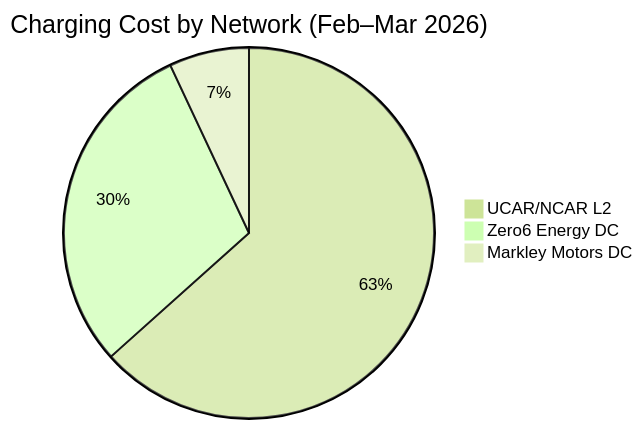
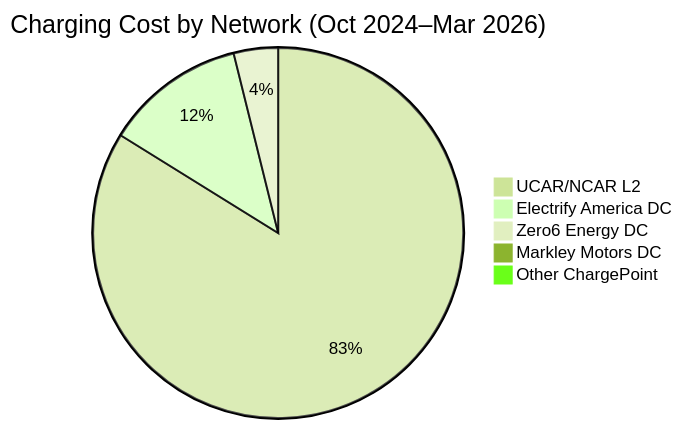
One commit to zavalalabs/zavalalabs.github.io changed the first of 4 diagrams in _posts/2026-04-01-EV-Charging-Optimization-in-Colorado.md. Above: the diagram before and after it, drawn with Mermaid (forest theme). The commit also changed other lines of this file and 1 other file, not shown here.

Commit message:
Update "Why Your Hybrid Work is Failing" and "EV Charging Optimization in Colorado" posts for clarity and accuracy; correct typos, enhance descriptions, and improve data presentation.

````diff
--- a/_posts/2026-04-01-EV-Charging-Optimization-in-Colorado.md
+++ b/_posts/2026-04-01-EV-Charging-Optimization-in-Colorado.md
@@ -36,6 +41,8 @@
 ```mermaid
-pie title Charging Cost by Network (Feb–Mar 2026)
-    "UCAR/NCAR L2" : 156.42
-    "Zero6 Energy DC" : 73.15
+pie title Charging Cost by Network (Oct 2024–Mar 2026)
+    "UCAR/NCAR L2" : 1794.88
+    "Electrify America DC" : 263.25
+    "Zero6 Energy DC" : 82.84
     "Markley Motors DC" : 17.23
+    "Other ChargePoint" : 2.18
 ```
````
